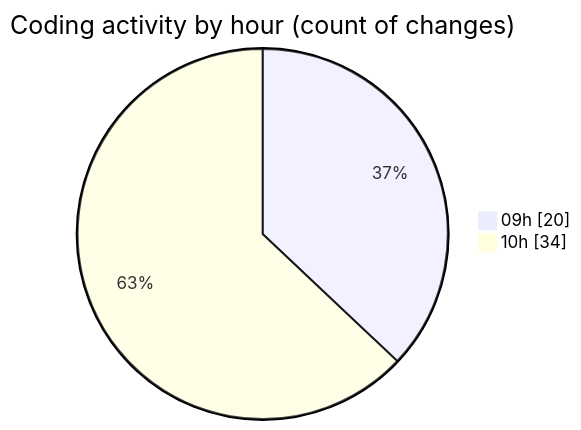
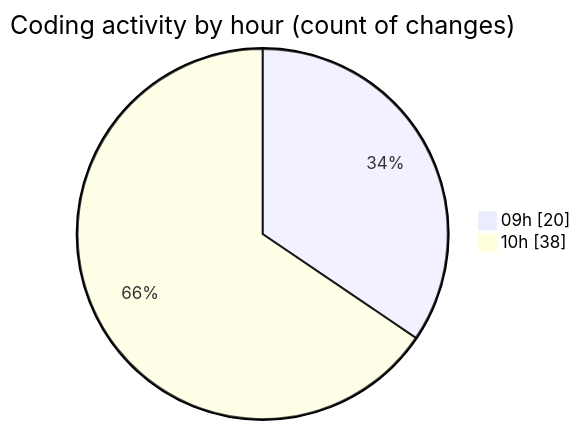
The second of 2 diagrams in 2025-06-06/ecodeli-1/README.md (CELIANVF/code-tracking), drawn with Mermaid before and after one commit. The commit also changed other lines of this file and 1 other file, not shown here.

````diff
--- a/2025-06-06/ecodeli-1/README.md
+++ b/2025-06-06/ecodeli-1/README.md
@@ -53,6 +56,6 @@
 ```mermaid
 pie showData
 title Coding activity by hour (count of changes)
 "09h" : 20
-"10h" : 34
+"10h" : 38
 ```
````
